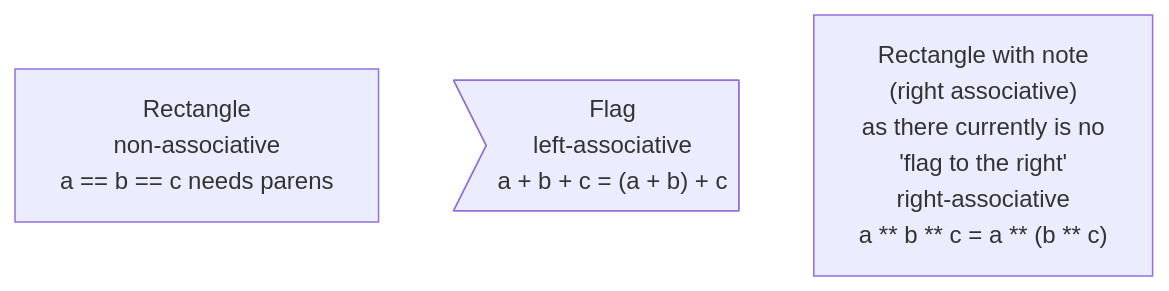
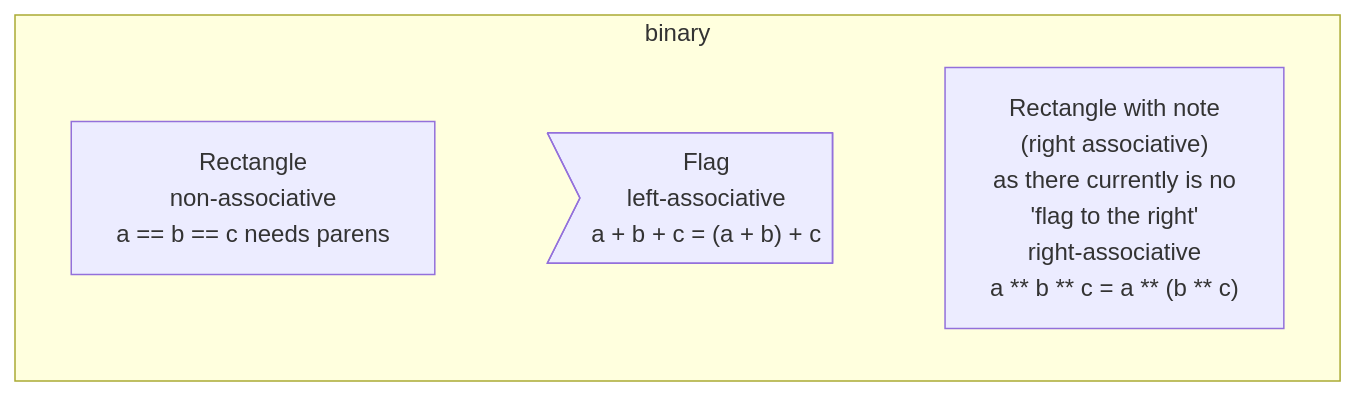
The third of 5 diagrams in 6 .../2 Unfinished Ideas.md (laro/Cilia), drawn with Mermaid before and after one commit.

Commit message:
Update 2 Unfinished Ideas.md

````diff
--- a/6 .../2 Unfinished Ideas.md
+++ b/6 .../2 Unfinished Ideas.md
@@ -372,11 +372,20 @@
 ```mermaid
 %%{init: {'themeVariables': {'fontFamily': 'monospace'}}}%%
 graph LR
+    subgraph binary
+        direction LR
+
+        rect["Rectangle<br/>non-associative<br/>a == b == c needs parens"]
+        flagToLeft>"Flag<br/>left-associative<br/>a + b + c = (a + b) + c"]
+        flagToRight["Rectangle with note<br/>(right associative)<br/>as there currently is no<br/>'flag to the right'<br/>right-associative<br/>a ** b ** c = a ** (b ** c)"]
+
+        rect ~~~ flagToLeft ~~~ flagToRight
+    end
     rect["Rectangle<br/>non-associative<br/>a == b == c needs parens"]
 
     flagToLeft>"Flag<br/>left-associative<br/>a + b + c = (a + b) + c"]
 
     flagToRight["Rectangle with note<br/>(right associative)<br/>as there currently is no<br/>'flag to the right'<br/>right-associative<br/>a ** b ** c = a ** (b ** c)"]
 
     rect ~~~ flagToLeft ~~~ flagToRight
 ```
````
